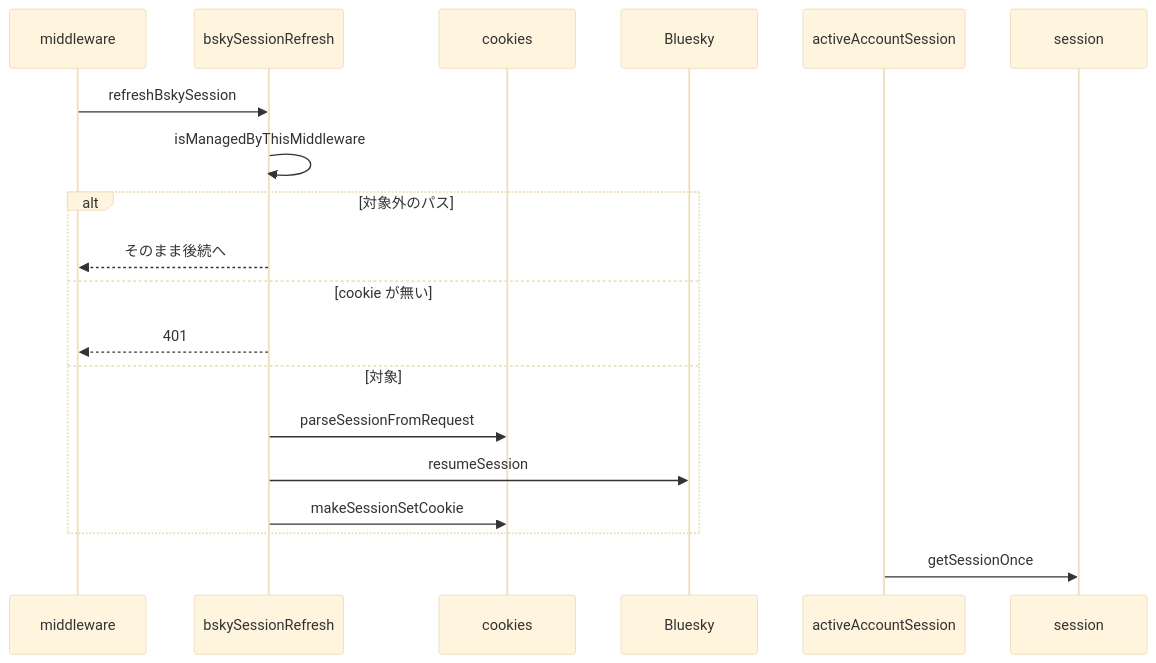
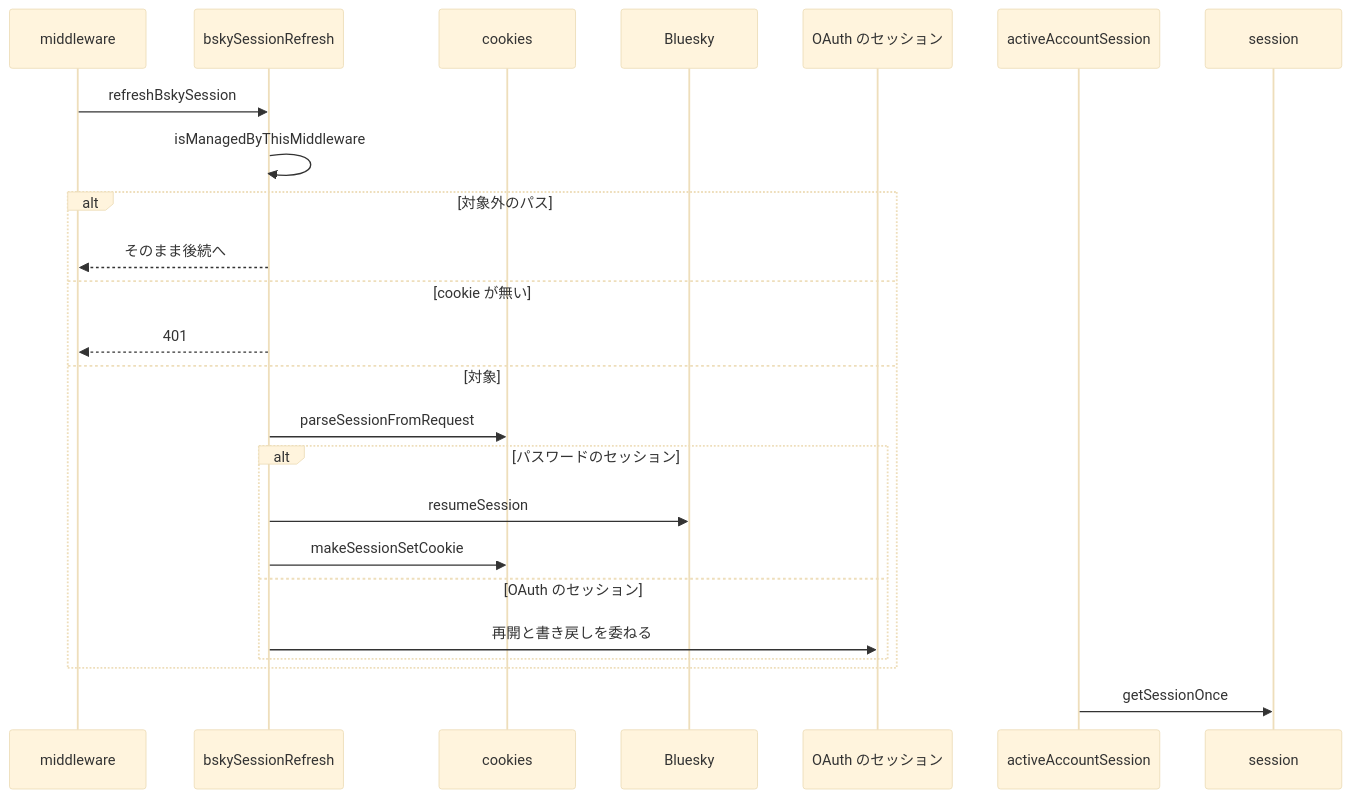
The third of 3 diagrams in specs/account-session/design.md (nekono-dev/skyshare), drawn with Mermaid (base theme) before and after one commit. The commit also changed other lines of this file and 19 other files, not shown here.

````diff
--- a/specs/account-session/design.md
+++ b/specs/account-session/design.md
@@ -58,19 +68,24 @@
 ```mermaid
 sequenceDiagram
   participant middleware
   participant bskySessionRefresh
   participant cookies
   participant ext_bsky as Bluesky
+  participant ext_oauth as OAuth のセッション
   middleware->>bskySessionRefresh: refreshBskySession
   bskySessionRefresh->>bskySessionRefresh: isManagedByThisMiddleware
   alt 対象外のパス
     bskySessionRefresh-->>middleware: そのまま後続へ
   else cookie が無い
     bskySessionRefresh-->>middleware: 401
   else 対象
     bskySessionRefresh->>cookies: parseSessionFromRequest
-    bskySessionRefresh->>ext_bsky: resumeSession
-    bskySessionRefresh->>cookies: makeSessionSetCookie
+    alt パスワードのセッション
+      bskySessionRefresh->>ext_bsky: resumeSession
+      bskySessionRefresh->>cookies: makeSessionSetCookie
+    else OAuth のセッション
+      bskySessionRefresh->>ext_oauth: 再開と書き戻しを委ねる
+    end
   end
   activeAccountSession->>session: getSessionOnce
 ```
````
